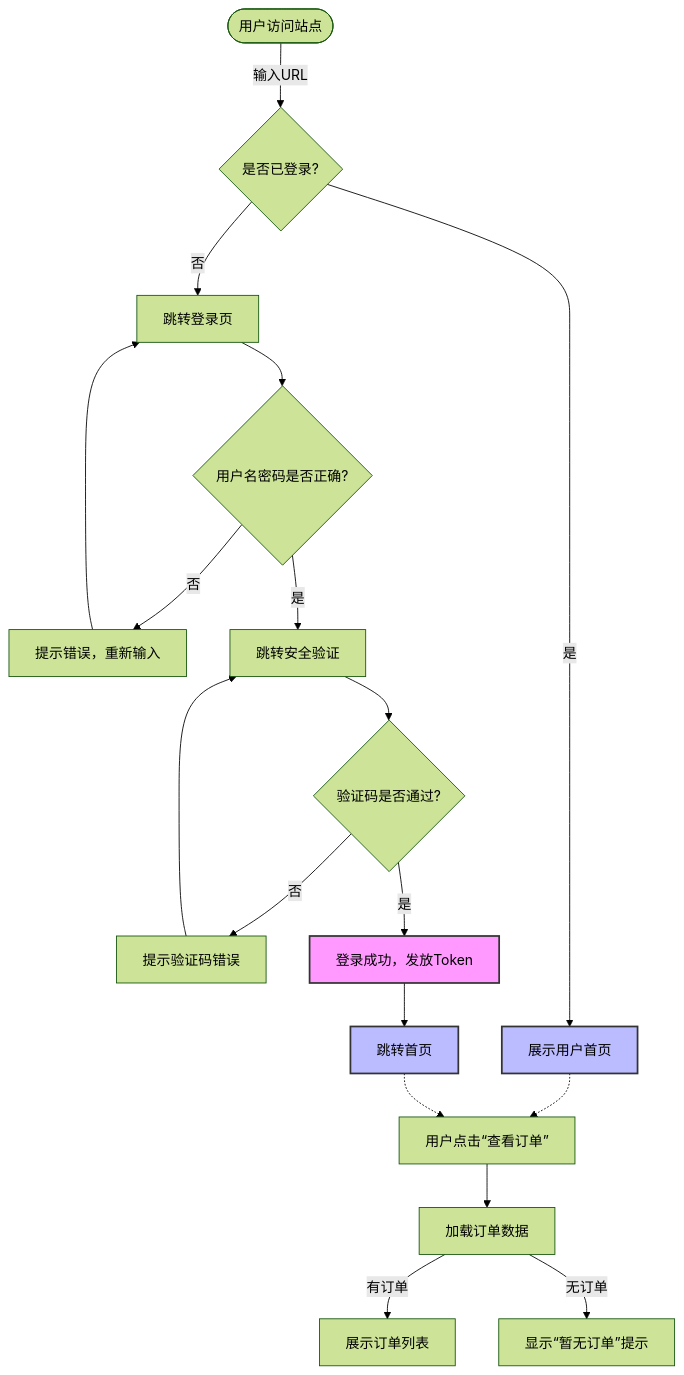
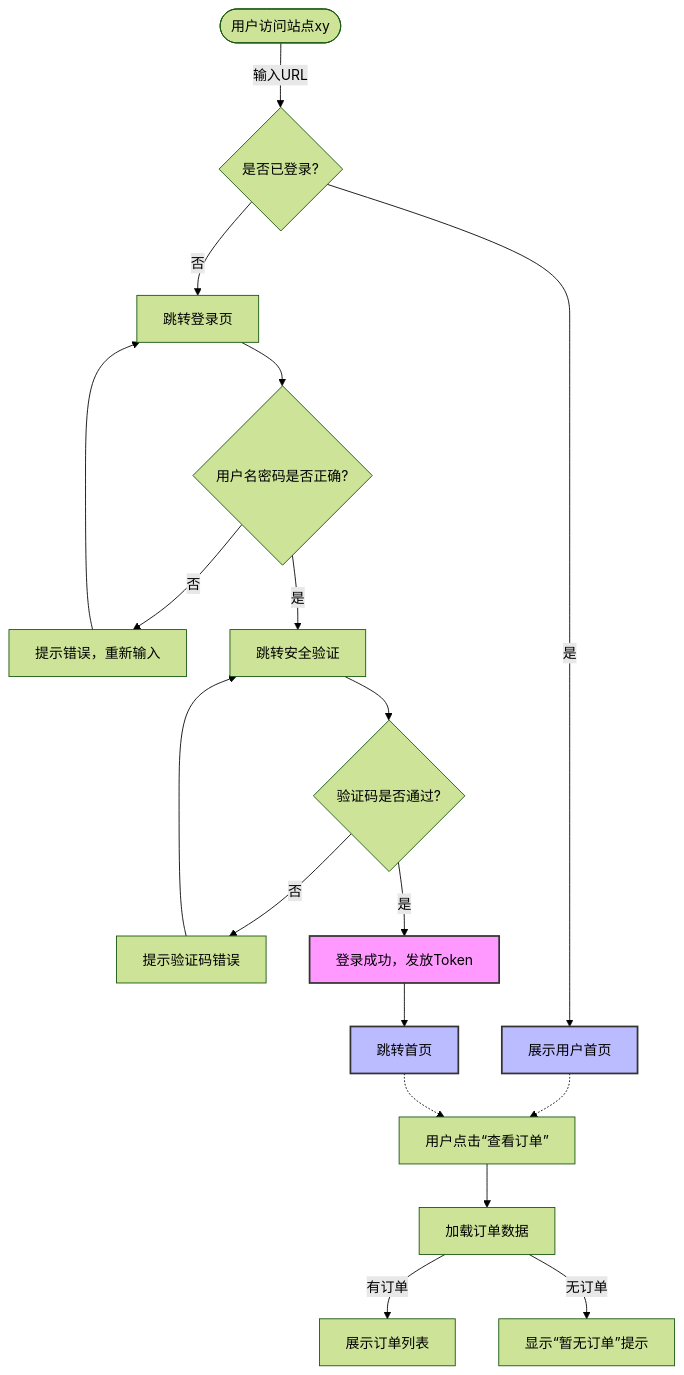
One commit to cimastone/my-blog changed the diagram in vptest/docs/index.md. Above: the diagram before and after it, drawn with Mermaid (forest theme). The commit also changed 21 other files, not shown here.

Commit message:
安装vitepress mermaid plugin

````diff
--- a/vptest/docs/index.md
+++ b/vptest/docs/index.md
@@ -1,25 +1,25 @@
 ```mermaid
 flowchart TD
-    A([用户访问站点]) -->|输入URL| B{是否已登录?}
+    A([用户访问站点xy]) -->|输入URL| B{是否已登录?}
     B -- 是 --> C[展示用户首页]
     B -- 否 --> D[跳转登录页]
     D --> E{用户名密码是否正确?}
     E -- 否 --> F[提示错误，重新输入]
     F --> D
     E -- 是 --> G[跳转安全验证]
     G --> H{验证码是否通过?}
     H -- 否 --> I[提示验证码错误]
     I --> G
     H -- 是 --> J[登录成功，发放Token]
     J --> K[跳转首页]
     C -.-> L[用户点击“查看订单”]
     K -.-> L
     L --> M[加载订单数据]
     M -->|有订单| N[展示订单列表]
     M -->|无订单| O[显示“暂无订单”提示]
     style C fill:#bbf,stroke:#333,stroke-width:2px
     style K fill:#bbf,stroke:#333,stroke-width:2px
     classDef highlight fill:#f9f,stroke:#333,stroke-width:2px;
     class J highlight;
     %% 注释：这个流程涵盖了登录、校验和业务分支
 ```
````
